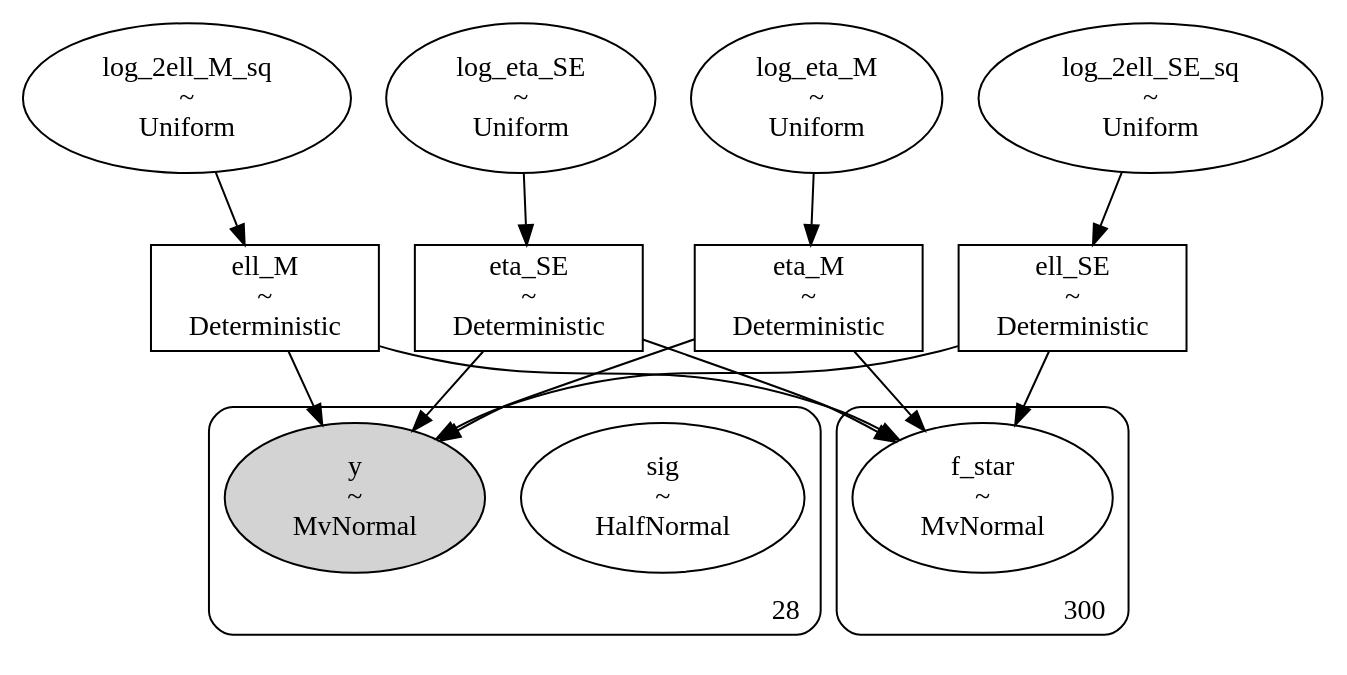
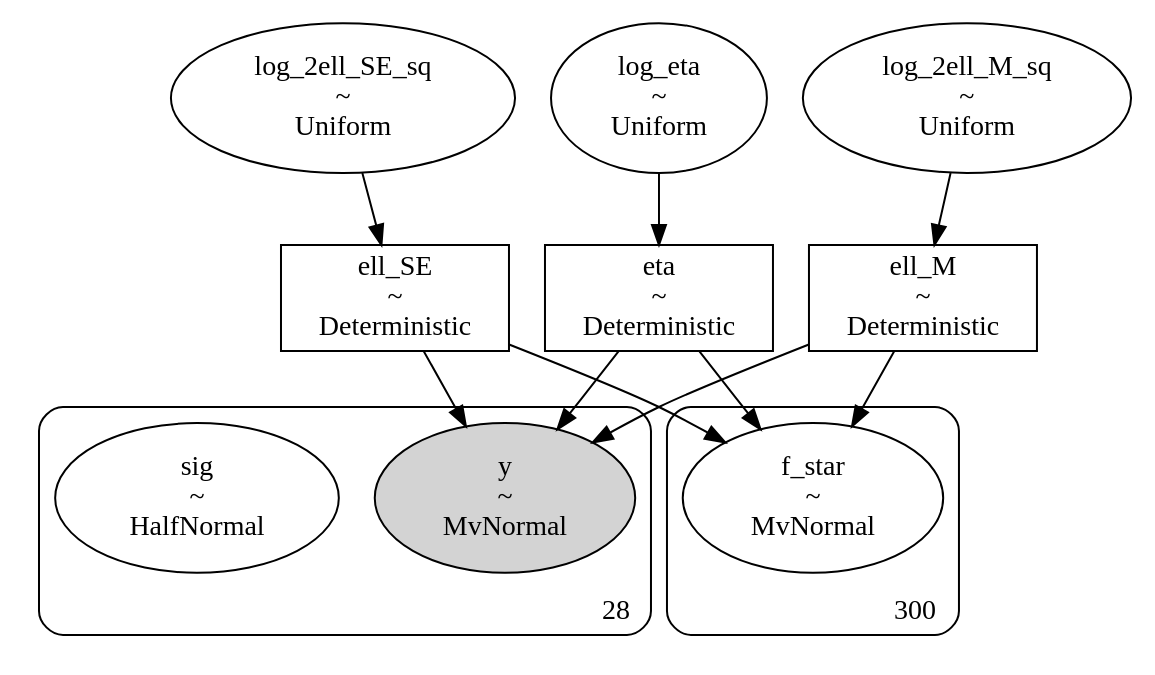
One commit to shihchingfu/gp-sandbox-thunderkat changed the diagram in dags/80_ra271.352_dec-29.642_MAXIJ1803TraPDB_andersson_se+m32_dag.dot. Above: the diagram before and after it, drawn with Graphviz. The commit also changed 6 other files, not shown here.

```diff
--- a/dags/80_ra271.352_dec-29.642_MAXIJ1803TraPDB_andersson_se+m32_dag.dot
+++ b/dags/80_ra271.352_dec-29.642_MAXIJ1803TraPDB_andersson_se+m32_dag.dot
@@ -1,53 +1,44 @@
 digraph {
-	ell_M [label="ell_M
+	ell_SE [label="ell_SE
 ~
 Deterministic" shape=box]
-	eta_SE [label="eta_SE
+	eta [label="eta
 ~
 Deterministic" shape=box]
-	eta_M [label="eta_M
+	ell_M [label="ell_M
 ~
 Deterministic" shape=box]
 	log_2ell_M_sq [label="log_2ell_M_sq
 ~
 Uniform" shape=ellipse]
-	ell_SE [label="ell_SE
-~
-Deterministic" shape=box]
 	log_2ell_SE_sq [label="log_2ell_SE_sq
 ~
 Uniform" shape=ellipse]
-	log_eta_SE [label="log_eta_SE
-~
-Uniform" shape=ellipse]
-	log_eta_M [label="log_eta_M
+	log_eta [label="log_eta
 ~
 Uniform" shape=ellipse]
 	subgraph cluster28 {
+		y [label="y
+~
+MvNormal" shape=ellipse style=filled]
 		sig [label="sig
 ~
 HalfNormal" shape=ellipse]
-		y [label="y
-~
-MvNormal" shape=ellipse style=filled]
 		label=28 labeljust=r labelloc=b style=rounded
 	}
 	subgraph cluster300 {
 		f_star [label="f_star
 ~
 MvNormal" shape=ellipse]
 		label=300 labeljust=r labelloc=b style=rounded
 	}
 	log_2ell_SE_sq -> ell_SE
 	log_2ell_M_sq -> ell_M
-	log_eta_SE -> eta_SE
-	log_eta_M -> eta_M
+	log_eta -> eta
+	eta -> y
+	ell_SE -> y
 	ell_M -> y
-	eta_SE -> y
-	ell_SE -> y
-	eta_M -> y
+	eta -> f_star
+	ell_SE -> f_star
 	ell_M -> f_star
-	eta_SE -> f_star
-	ell_SE -> f_star
-	eta_M -> f_star
 }
```
